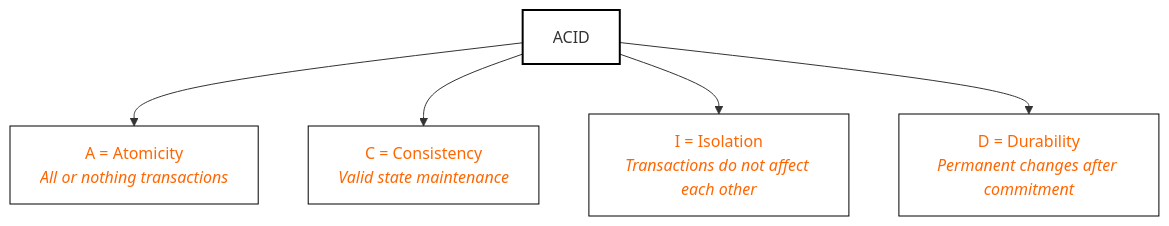
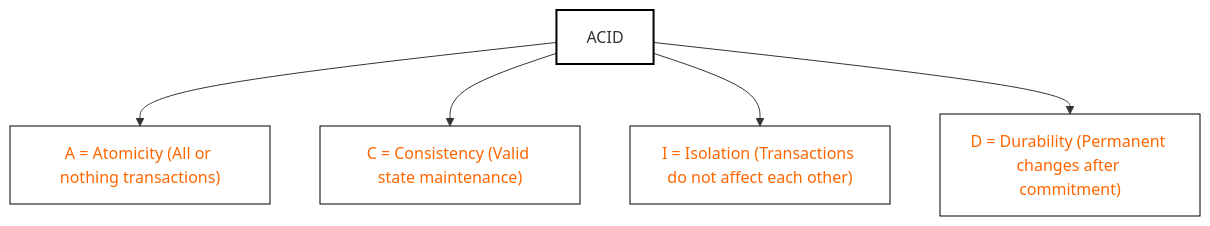
The first of 11 diagrams in System_Design/7 - Storage - Database and Storage.md (Charikshith/Learing_System_Design), drawn with Mermaid before and after one commit. The commit also changed other lines of this file and 41 other files, not shown here.

````diff
--- a/System_Design/7 - Storage - Database and Storage.md
+++ b/System_Design/7 - Storage - Database and Storage.md
@@ -91,15 +108,14 @@
 ```mermaid
 graph TD
     A[ACID]
-    A --> B[A = Atomicity<br><i>All or nothing transactions</i>]
-    A --> C[C = Consistency<br><i>Valid state maintenance</i>]
-    A --> D[I = Isolation<br><i>Transactions do not affect each other</i>]
-    A --> E[D = Durability<br><i>Permanent changes after commitment</i>]
-    
+    A --> B["A = Atomicity (All or nothing transactions)"]
+    A --> C["C = Consistency (Valid state maintenance)"]
+    A --> D["I = Isolation (Transactions do not affect each other)"]
+    A --> E["D = Durability (Permanent changes after commitment)"]
+
     style A fill:#fff,stroke:#000,stroke-width:2px
     style B fill:#fff,stroke:#000,stroke-width:1px,color:#ff6600
     style C fill:#fff,stroke:#000,stroke-width:1px,color:#ff6600
     style D fill:#fff,stroke:#000,stroke-width:1px,color:#ff6600
     style E fill:#fff,stroke:#000,stroke-width:1px,color:#ff6600
-
 ```
````
